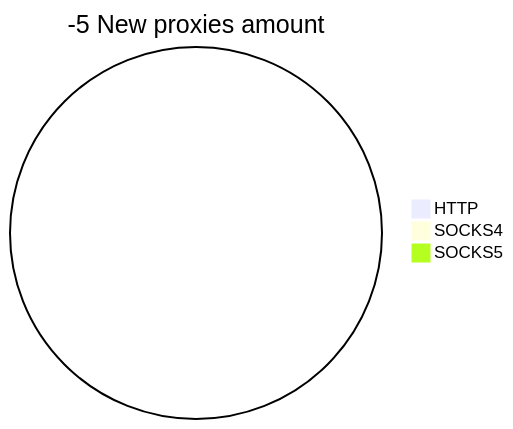
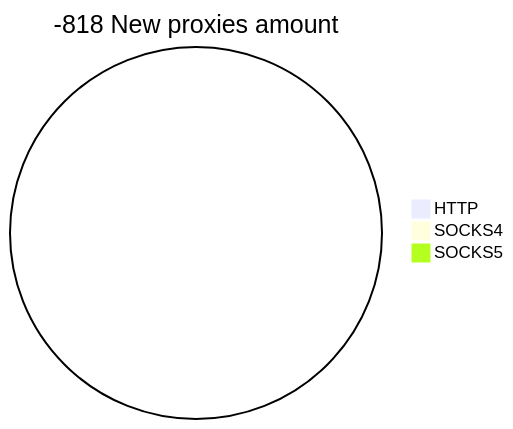
Before and after one commit to cutipu/proxylist: the second of 2 diagrams in README.md, drawn with Mermaid. The commit also changed other lines of this file, not shown here.

````diff
--- a/README.md
+++ b/README.md
@@ -10,6 +10,6 @@
 ```mermaid
-pie title -5 New proxies amount
+pie title -818 New proxies amount
     "HTTP" : 0
     "SOCKS4" : 0
     "SOCKS5" : 0
 ```
````
